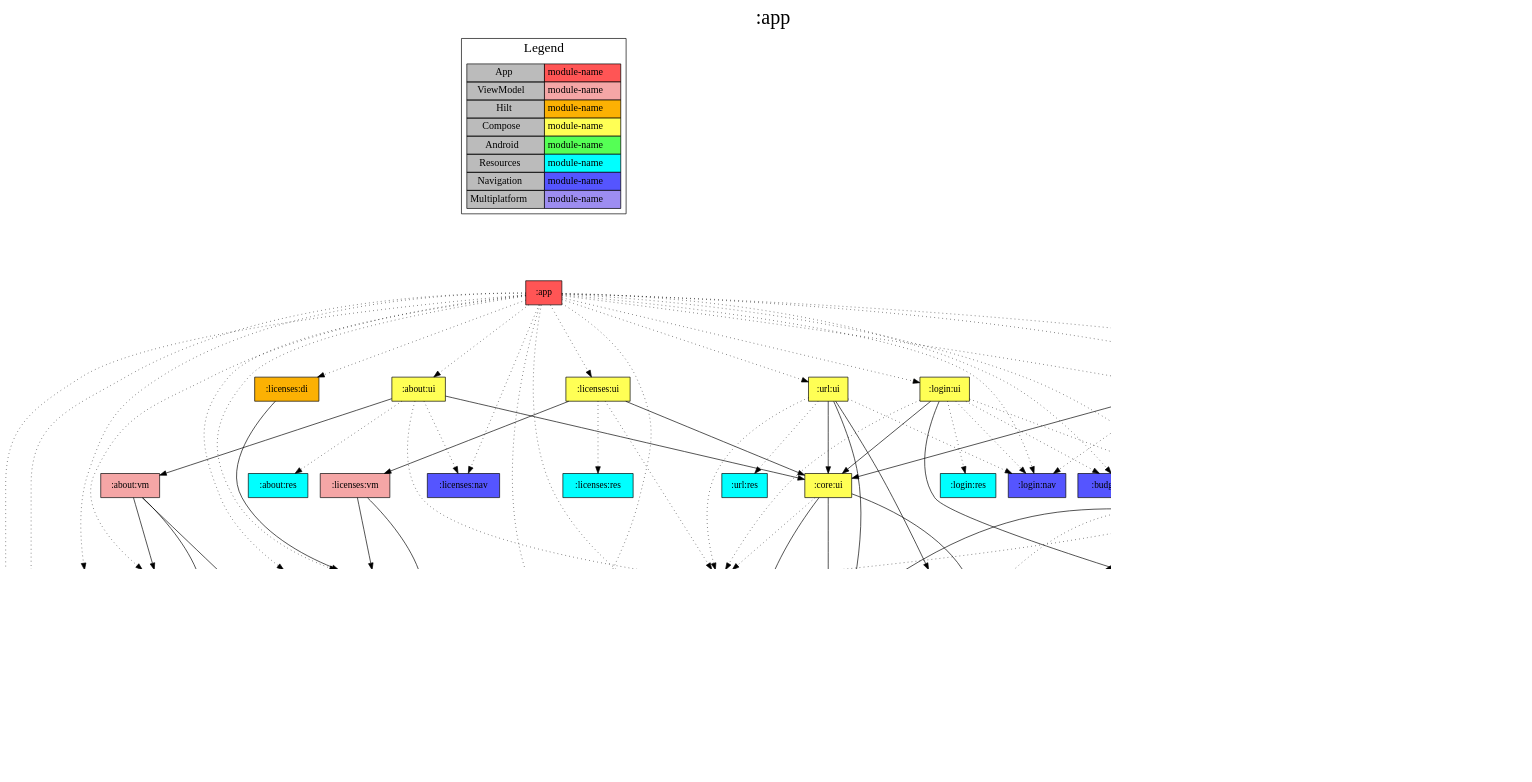
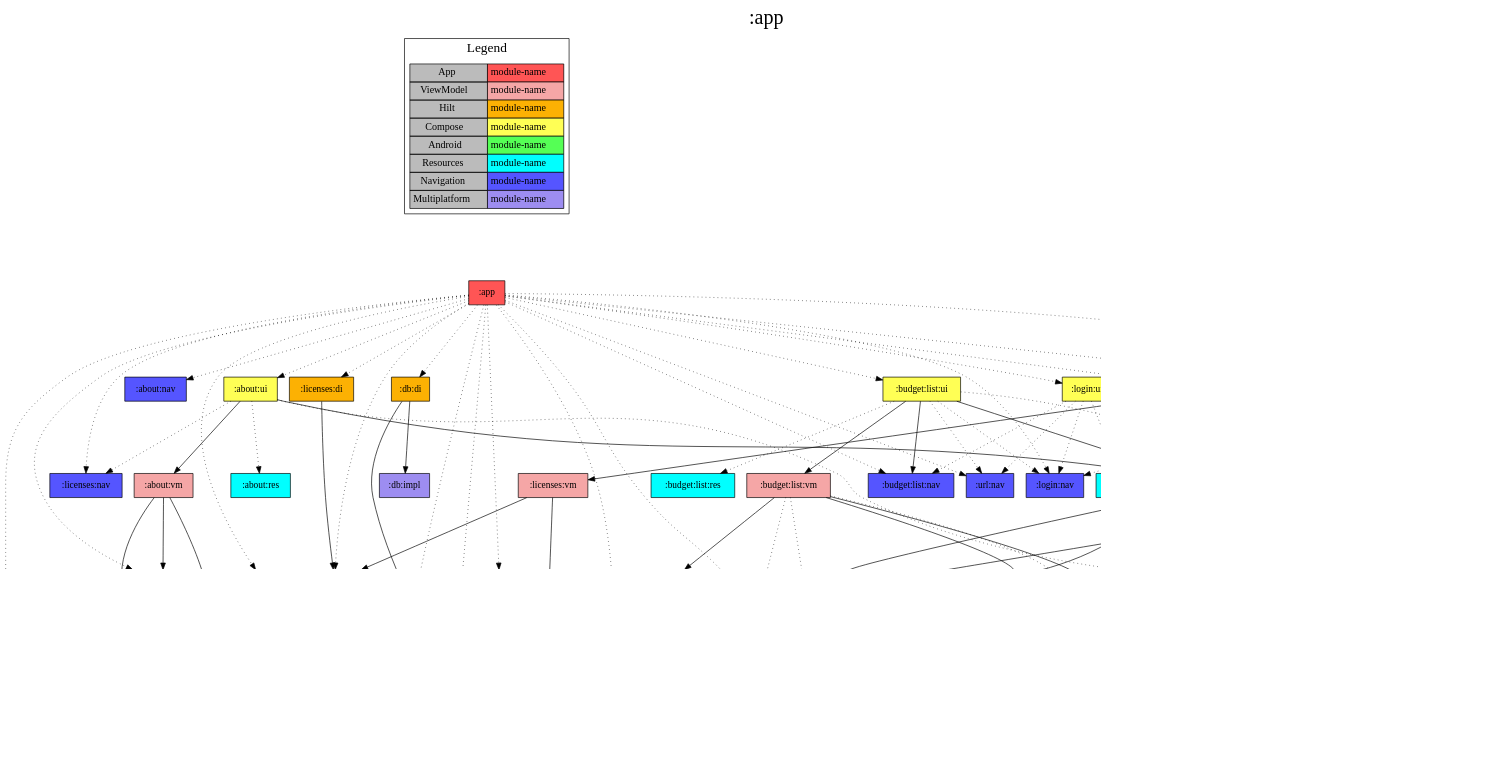
One commit to jonapoul/aktual changed the diagram in app/project-dependency-graph.dot. Above: the diagram before and after it, drawn with Graphviz. The commit also changed 128 other files, not shown here.

```diff
--- a/app/project-dependency-graph.dot
+++ b/app/project-dependency-graph.dot
@@ -1,175 +1,180 @@
 digraph {
 edge ["dir"="forward"]
 graph ["dpi"="100","label"=":app","labelloc"="t","fontsize"="30","ranksep"="1.5","rankdir"="TB"]
 node ["style"="filled"]
 ":app" ["shape"="box","fillcolor"="#FF5555"]
 ":about:data" ["fillcolor"="#9D8DF1","shape"="box"]
 ":api:github" ["fillcolor"="#9D8DF1","shape"="box"]
 ":core:buildconfig" ["fillcolor"="#9D8DF1","shape"="box"]
 ":core:coroutines" ["fillcolor"="#9D8DF1","shape"="box"]
 ":about:nav" ["fillcolor"="#5555FF","shape"="box"]
 ":about:ui" ["fillcolor"="#FFFF55","shape"="box"]
 ":about:vm" ["fillcolor"="#F5A6A6","shape"="box"]
 ":core:log" ["fillcolor"="#9D8DF1","shape"="box"]
 ":core:ui" ["fillcolor"="#FFFF55","shape"="box"]
 ":core:colorscheme" ["fillcolor"="#9D8DF1","shape"="box"]
 ":core:versions" ["fillcolor"="#9D8DF1","shape"="box"]
 ":url:model" ["fillcolor"="#9D8DF1","shape"="box"]
 ":core:res" ["fillcolor"="#00FFFF","shape"="box"]
 ":about:res" ["fillcolor"="#00FFFF","shape"="box"]
 ":licenses:nav" ["fillcolor"="#5555FF","shape"="box"]
 ":api:core" ["fillcolor"="#9D8DF1","shape"="box"]
 ":api:di" ["fillcolor"="#FCB103","shape"="box"]
 ":budget:list:nav" ["fillcolor"="#5555FF","shape"="box"]
 ":budget:list:ui" ["fillcolor"="#FFFF55","shape"="box"]
 ":budget:list:vm" ["fillcolor"="#F5A6A6","shape"="box"]
 ":core:connection" ["fillcolor"="#9D8DF1","shape"="box"]
 ":api:actual" ["fillcolor"="#9D8DF1","shape"="box"]
 ":login:model" ["fillcolor"="#9D8DF1","shape"="box"]
 ":url:prefs" ["fillcolor"="#9D8DF1","shape"="box"]
 ":login:prefs" ["fillcolor"="#9D8DF1","shape"="box"]
 ":budget:list:res" ["fillcolor"="#00FFFF","shape"="box"]
 ":login:nav" ["fillcolor"="#5555FF","shape"="box"]
 ":url:nav" ["fillcolor"="#5555FF","shape"="box"]
 ":core:di" ["fillcolor"="#FCB103","shape"="box"]
+":db:di" ["fillcolor"="#FCB103","shape"="box"]
+":db:impl" ["fillcolor"="#9D8DF1","shape"="box"]
 ":licenses:data" ["fillcolor"="#9D8DF1","shape"="box"]
 ":licenses:di" ["fillcolor"="#FCB103","shape"="box"]
 ":licenses:ui" ["fillcolor"="#FFFF55","shape"="box"]
 ":licenses:vm" ["fillcolor"="#F5A6A6","shape"="box"]
 ":licenses:res" ["fillcolor"="#00FFFF","shape"="box"]
 ":login:ui" ["fillcolor"="#FFFF55","shape"="box"]
 ":login:vm" ["fillcolor"="#F5A6A6","shape"="box"]
 ":login:res" ["fillcolor"="#00FFFF","shape"="box"]
 ":url:ui" ["fillcolor"="#FFFF55","shape"="box"]
 ":url:vm" ["fillcolor"="#F5A6A6","shape"="box"]
 ":url:res" ["fillcolor"="#00FFFF","shape"="box"]
 {
 edge ["dir"="none"]
 graph ["rank"="same"]
 ":app"
 }
 ":app" -> ":about:data" ["style"="dotted"]
 ":app" -> ":about:nav" ["style"="dotted"]
 ":app" -> ":about:ui" ["style"="dotted"]
 ":app" -> ":api:core" ["style"="dotted"]
 ":app" -> ":api:di" ["style"="dotted"]
 ":app" -> ":budget:list:nav" ["style"="dotted"]
 ":app" -> ":budget:list:ui" ["style"="dotted"]
 ":app" -> ":core:buildconfig" ["style"="dotted"]
 ":app" -> ":core:colorscheme" ["style"="dotted"]
 ":app" -> ":core:coroutines" ["style"="dotted"]
 ":app" -> ":core:di" ["style"="dotted"]
 ":app" -> ":core:log" ["style"="dotted"]
+":app" -> ":db:di" ["style"="dotted"]
 ":app" -> ":licenses:data" ["style"="dotted"]
 ":app" -> ":licenses:di" ["style"="dotted"]
 ":app" -> ":licenses:nav" ["style"="dotted"]
 ":app" -> ":licenses:ui" ["style"="dotted"]
 ":app" -> ":login:nav" ["style"="dotted"]
 ":app" -> ":login:ui" ["style"="dotted"]
 ":app" -> ":url:nav" ["style"="dotted"]
 ":app" -> ":url:prefs" ["style"="dotted"]
 ":app" -> ":url:ui" ["style"="dotted"]
 ":about:data" -> ":api:github"
 ":about:data" -> ":core:buildconfig"
 ":about:data" -> ":core:coroutines"
 ":about:ui" -> ":about:vm"
 ":about:ui" -> ":core:ui"
 ":about:ui" -> ":about:res" ["style"="dotted"]
 ":about:ui" -> ":core:res" ["style"="dotted"]
 ":about:ui" -> ":licenses:nav" ["style"="dotted"]
 ":about:vm" -> ":about:data"
 ":about:vm" -> ":core:buildconfig"
 ":about:vm" -> ":core:log"
 ":core:ui" -> ":core:colorscheme"
 ":core:ui" -> ":core:versions"
 ":core:ui" -> ":url:model"
 ":core:ui" -> ":core:res" ["style"="dotted"]
 ":core:versions" -> ":core:buildconfig"
 ":api:core" -> ":core:log"
 ":api:core" -> ":url:model"
 ":api:di" -> ":api:github"
 ":api:di" -> ":core:buildconfig"
 ":api:di" -> ":core:log"
 ":api:di" -> ":api:core" ["style"="dotted"]
 ":api:di" -> ":url:model" ["style"="dotted"]
 ":budget:list:ui" -> ":budget:list:nav"
 ":budget:list:ui" -> ":budget:list:vm"
 ":budget:list:ui" -> ":core:ui"
 ":budget:list:ui" -> ":budget:list:res" ["style"="dotted"]
 ":budget:list:ui" -> ":core:res" ["style"="dotted"]
 ":budget:list:ui" -> ":login:nav" ["style"="dotted"]
 ":budget:list:ui" -> ":url:nav" ["style"="dotted"]
 ":budget:list:vm" -> ":core:colorscheme"
 ":budget:list:vm" -> ":core:connection"
 ":budget:list:vm" -> ":url:model"
 ":budget:list:vm" -> ":core:versions" ["style"="dotted"]
 ":budget:list:vm" -> ":login:prefs" ["style"="dotted"]
 ":budget:list:vm" -> ":url:prefs" ["style"="dotted"]
 ":core:connection" -> ":core:buildconfig"
 ":core:connection" -> ":api:actual" ["style"="dotted"]
 ":core:connection" -> ":api:core" ["style"="dotted"]
 ":core:connection" -> ":core:coroutines" ["style"="dotted"]
 ":core:connection" -> ":core:log" ["style"="dotted"]
 ":core:connection" -> ":core:versions" ["style"="dotted"]
 ":core:connection" -> ":url:model" ["style"="dotted"]
 ":core:connection" -> ":url:prefs" ["style"="dotted"]
 ":api:actual" -> ":login:model"
 ":api:actual" -> ":url:model"
 ":url:prefs" -> ":url:model"
 ":login:prefs" -> ":login:model"
 ":core:di" -> ":core:coroutines"
 ":core:di" -> ":core:log"
+":db:di" -> ":core:coroutines"
+":db:di" -> ":db:impl"
 ":licenses:data" -> ":core:coroutines" ["style"="dotted"]
 ":licenses:di" -> ":licenses:data"
 ":licenses:ui" -> ":core:ui"
 ":licenses:ui" -> ":licenses:vm"
 ":licenses:ui" -> ":core:res" ["style"="dotted"]
 ":licenses:ui" -> ":licenses:res" ["style"="dotted"]
 ":licenses:vm" -> ":core:log"
 ":licenses:vm" -> ":licenses:data"
 ":login:ui" -> ":core:ui"
 ":login:ui" -> ":login:vm"
 ":login:ui" -> ":budget:list:nav" ["style"="dotted"]
 ":login:ui" -> ":core:res" ["style"="dotted"]
 ":login:ui" -> ":login:nav" ["style"="dotted"]
 ":login:ui" -> ":login:res" ["style"="dotted"]
 ":login:ui" -> ":url:nav" ["style"="dotted"]
 ":login:vm" -> ":core:colorscheme"
 ":login:vm" -> ":core:coroutines"
 ":login:vm" -> ":core:log"
 ":login:vm" -> ":login:model"
 ":login:vm" -> ":url:model"
 ":login:vm" -> ":api:actual" ["style"="dotted"]
 ":login:vm" -> ":core:versions" ["style"="dotted"]
 ":login:vm" -> ":login:prefs" ["style"="dotted"]
 ":login:vm" -> ":url:prefs" ["style"="dotted"]
 ":url:ui" -> ":core:colorscheme"
 ":url:ui" -> ":core:ui"
 ":url:ui" -> ":url:vm"
 ":url:ui" -> ":core:res" ["style"="dotted"]
 ":url:ui" -> ":login:nav" ["style"="dotted"]
 ":url:ui" -> ":url:res" ["style"="dotted"]
 ":url:vm" -> ":core:colorscheme"
 ":url:vm" -> ":core:coroutines"
 ":url:vm" -> ":core:log"
 ":url:vm" -> ":url:model"
 ":url:vm" -> ":api:actual" ["style"="dotted"]
 ":url:vm" -> ":core:versions" ["style"="dotted"]
 ":url:vm" -> ":url:prefs" ["style"="dotted"]
 subgraph "cluster_legend" {
 edge ["dir"="none"]
 graph ["label"="Legend","fontsize"="20"]
 "Legend" ["style"="filled","fillcolor"="#bbbbbb","shape"="none","margin"="0","fontsize"="15","label"=<
 <TABLE BORDER="0" CELLBORDER="1" CELLSPACING="0" CELLPADDING="4">
 <TR><TD>App</TD><TD BGCOLOR="#FF5555">module-name</TD></TR>
 <TR><TD>ViewModel</TD><TD BGCOLOR="#F5A6A6">module-name</TD></TR>
 <TR><TD>Hilt</TD><TD BGCOLOR="#FCB103">module-name</TD></TR>
 <TR><TD>Compose</TD><TD BGCOLOR="#FFFF55">module-name</TD></TR>
 <TR><TD>Android</TD><TD BGCOLOR="#55FF55">module-name</TD></TR>
 <TR><TD>Resources</TD><TD BGCOLOR="#00FFFF">module-name</TD></TR>
 <TR><TD>Navigation</TD><TD BGCOLOR="#5555FF">module-name</TD></TR>
 <TR><TD>Multiplatform</TD><TD BGCOLOR="#9D8DF1">module-name</TD></TR>
 </TABLE>
 >]
 } -> ":app" ["style"="invis"]
 }
```
